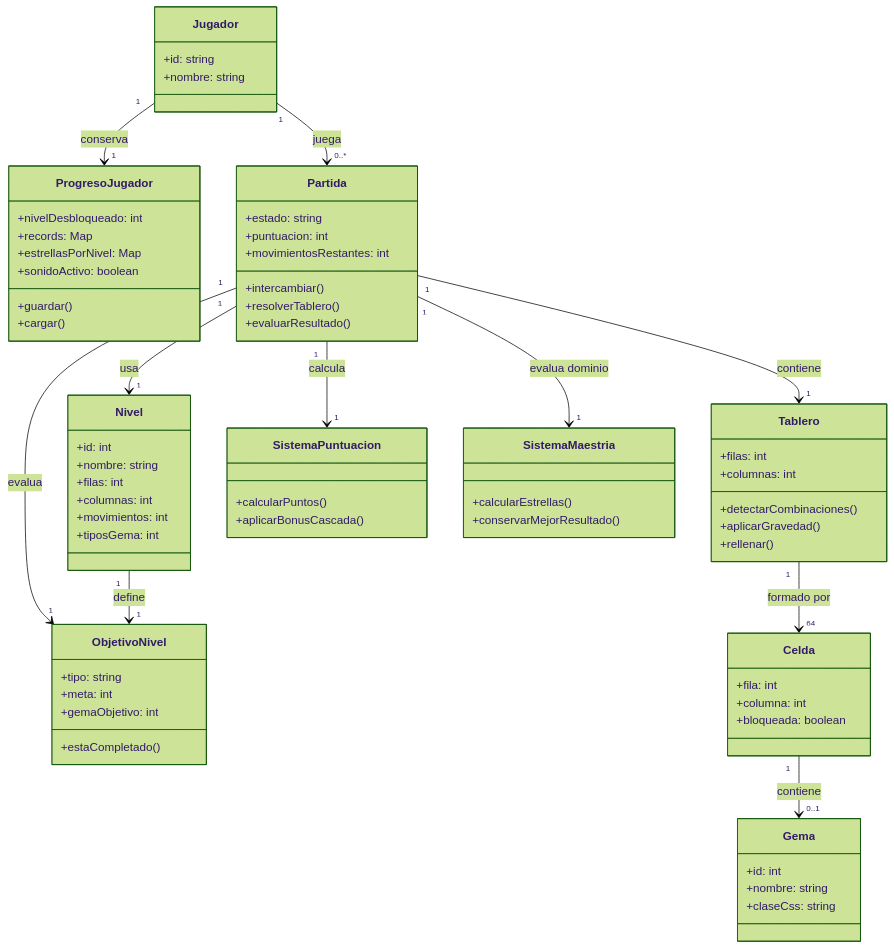
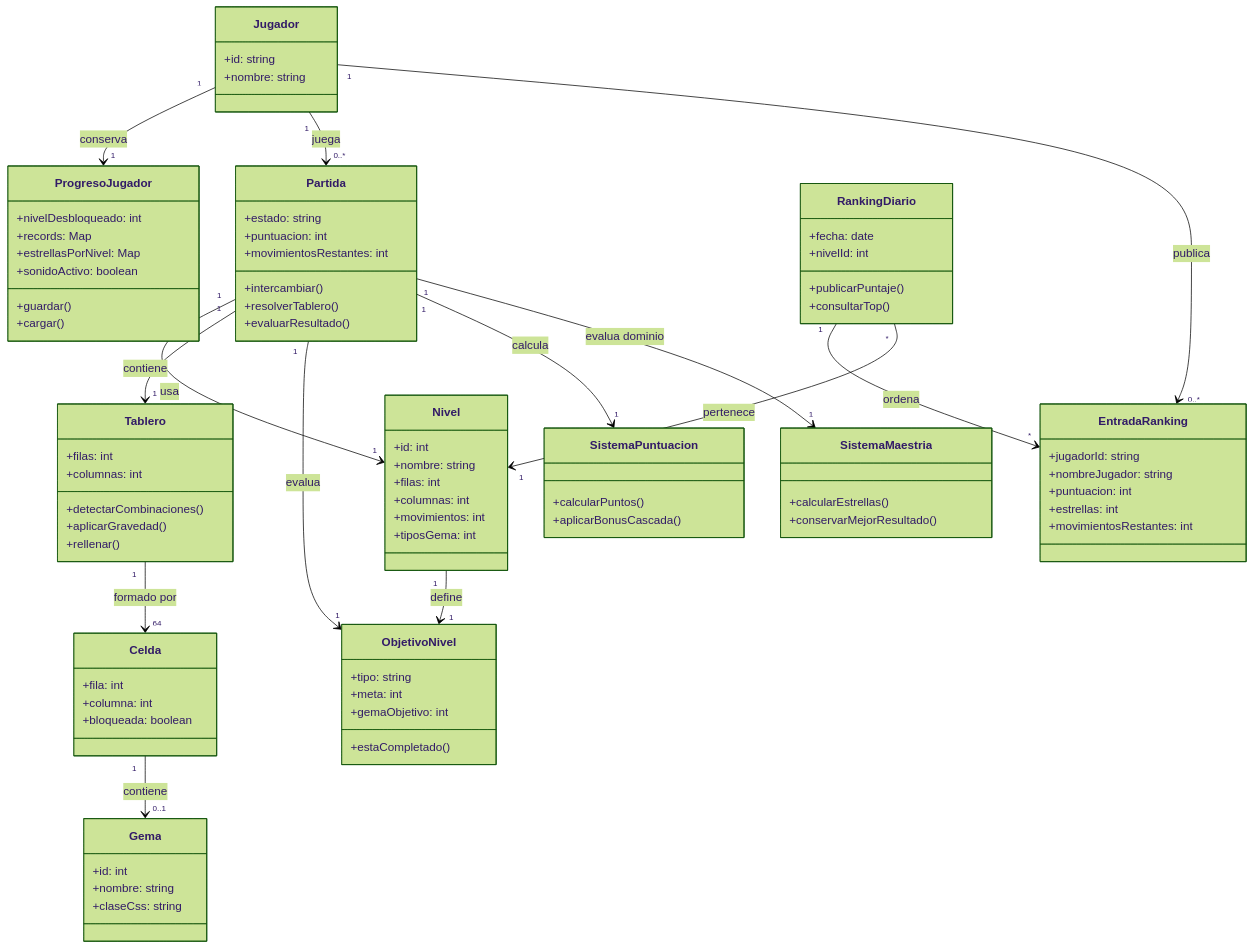
Before and after one commit to sebasbv11/juego-match-3: the fourth of 6 diagrams in docs/modelado.md, drawn with Mermaid (forest theme). The commit also changed other lines of this file and 14 other files, not shown here.

Commit message:
Agregar ranking diario con Supabase

````diff
--- a/docs/modelado.md
+++ b/docs/modelado.md
@@ -556,8 +562,24 @@
     +conservarMejorResultado()
   }
 
+  class RankingDiario {
+    +fecha: date
+    +nivelId: int
+    +publicarPuntaje()
+    +consultarTop()
+  }
+
+  class EntradaRanking {
+    +jugadorId: string
+    +nombreJugador: string
+    +puntuacion: int
+    +estrellas: int
+    +movimientosRestantes: int
+  }
+
   Jugador "1" --> "1" ProgresoJugador : conserva
   Jugador "1" --> "0..*" Partida : juega
+  Jugador "1" --> "0..*" EntradaRanking : publica
   Partida "1" --> "1" Nivel : usa
   Partida "1" --> "1" Tablero : contiene
   Partida "1" --> "1" ObjetivoNivel : evalua
@@ -566,4 +588,6 @@
   Tablero "1" --> "64" Celda : formado por
   Celda "1" --> "0..1" Gema : contiene
   Nivel "1" --> "1" ObjetivoNivel : define
+  RankingDiario "1" --> "*" EntradaRanking : ordena
+  RankingDiario "*" --> "1" Nivel : pertenece
 ```
````
